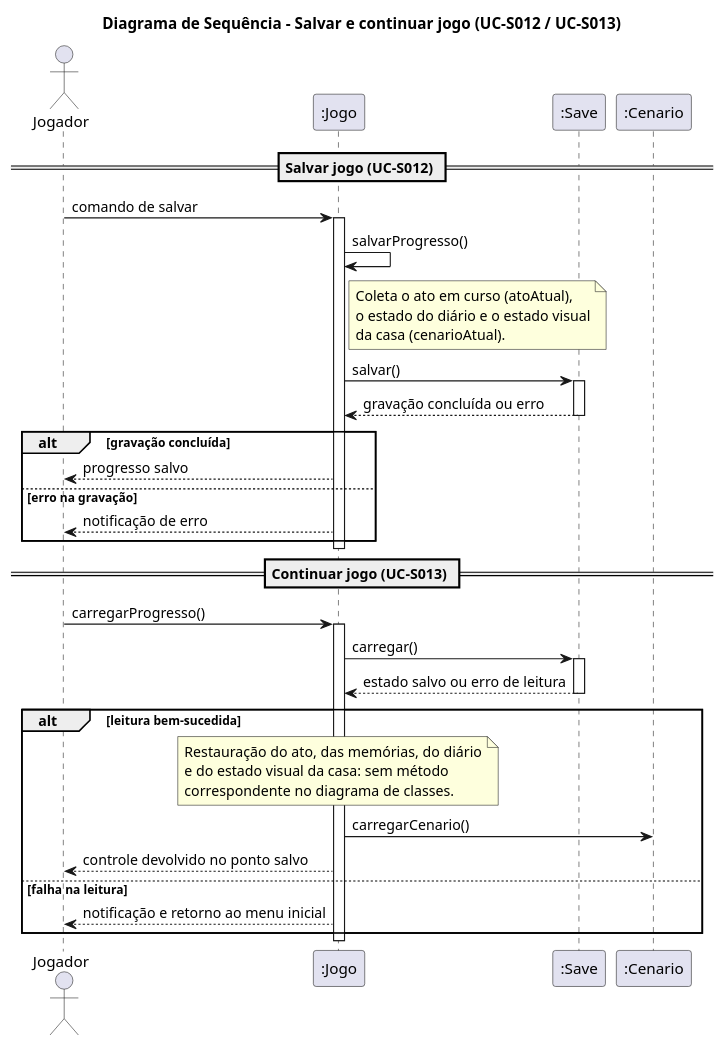
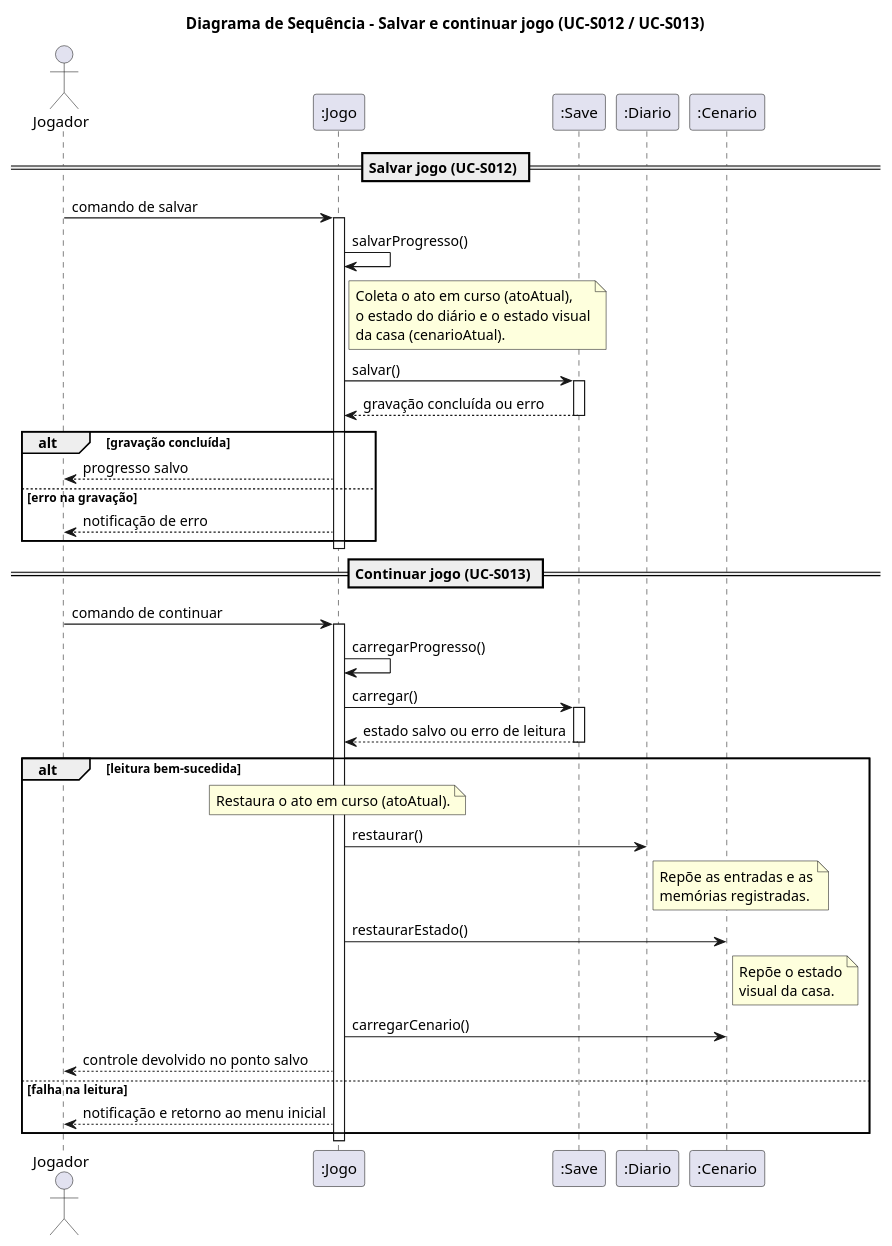
Before and after one commit to omatheusfaria/Ani: the diagram in docs/diagramas/sequencia-salvar-continuar.puml, drawn with PlantUML. The commit also changed 4 other files, not shown here.

Commit message:
Acrescenta Diario.restaurar() e Cenario.restaurarEstado() e faz Jogo.carregarProgresso() restaurar ato, memórias, diário e casa (item 60, decisão 4)

```diff
--- a/docs/diagramas/sequencia-salvar-continuar.puml
+++ b/docs/diagramas/sequencia-salvar-continuar.puml
@@ -1,48 +1,50 @@
 @startuml sequencia-salvar-continuar
 title Diagrama de Sequência – Salvar e continuar jogo (UC-S012 / UC-S013)
 
 actor Jogador
 participant ":Jogo" as Jogo
 participant ":Save" as Save
+participant ":Diario" as Diario
 participant ":Cenario" as Cen
 
 == Salvar jogo (UC-S012) ==
 Jogador -> Jogo : comando de salvar
 activate Jogo
 Jogo -> Jogo : salvarProgresso()
 note right of Jogo
   Coleta o ato em curso (atoAtual),
   o estado do diário e o estado visual
   da casa (cenarioAtual).
 end note
 Jogo -> Save : salvar()
 activate Save
 Save --> Jogo : gravação concluída ou erro
 deactivate Save
 alt gravação concluída
   Jogo --> Jogador : progresso salvo
 else erro na gravação
   Jogo --> Jogador : notificação de erro
 end
 deactivate Jogo
 
 == Continuar jogo (UC-S013) ==
-Jogador -> Jogo : carregarProgresso()
+Jogador -> Jogo : comando de continuar
 activate Jogo
+Jogo -> Jogo : carregarProgresso()
 Jogo -> Save : carregar()
 activate Save
 Save --> Jogo : estado salvo ou erro de leitura
 deactivate Save
 alt leitura bem-sucedida
-  note over Jogo
-    Restauração do ato, das memórias, do diário
-    e do estado visual da casa: sem método
-    correspondente no diagrama de classes.
-  end note
+  note over Jogo : Restaura o ato em curso (atoAtual).
+  Jogo -> Diario : restaurar()
+  note right of Diario : Repõe as entradas e as\nmemórias registradas.
+  Jogo -> Cen : restaurarEstado()
+  note right of Cen : Repõe o estado\nvisual da casa.
   Jogo -> Cen : carregarCenario()
   Jogo --> Jogador : controle devolvido no ponto salvo
 else falha na leitura
   Jogo --> Jogador : notificação e retorno ao menu inicial
 end
 deactivate Jogo
 @enduml
```
